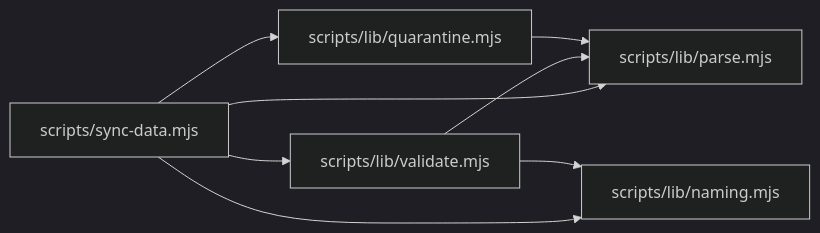
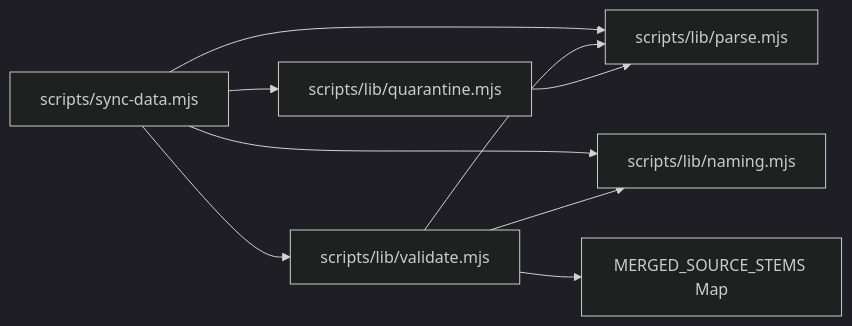
Before and after one commit to delirium-dj/modelcomp: the tenth of 10 diagrams in .qoder/repowiki/en/content/Data Management System/Data Synchronization Pipeline/Validation Framework.md, drawn with Mermaid (dark theme). The commit also changed other lines of this file and 147 other files, not shown here.

````diff
--- a/.qoder/repowiki/en/content/Data Management System/Data Synchronization Pipeline/Validation Framework.md
+++ b/.qoder/repowiki/en/content/Data Management System/Data Synchronization Pipeline/Validation Framework.md
@@ -417,10 +491,11 @@
 ```mermaid
 graph LR
 Sync["scripts/sync-data.mjs"] --> Validate["scripts/lib/validate.mjs"]
 Sync --> Quarantine["scripts/lib/quarantine.mjs"]
 Sync --> Parse["scripts/lib/parse.mjs"]
 Sync --> Naming["scripts/lib/naming.mjs"]
 Validate --> Parse
 Validate --> Naming
 Quarantine --> Parse
+Validate --> MergedStems["MERGED_SOURCE_STEMS Map"]
 ```
````
